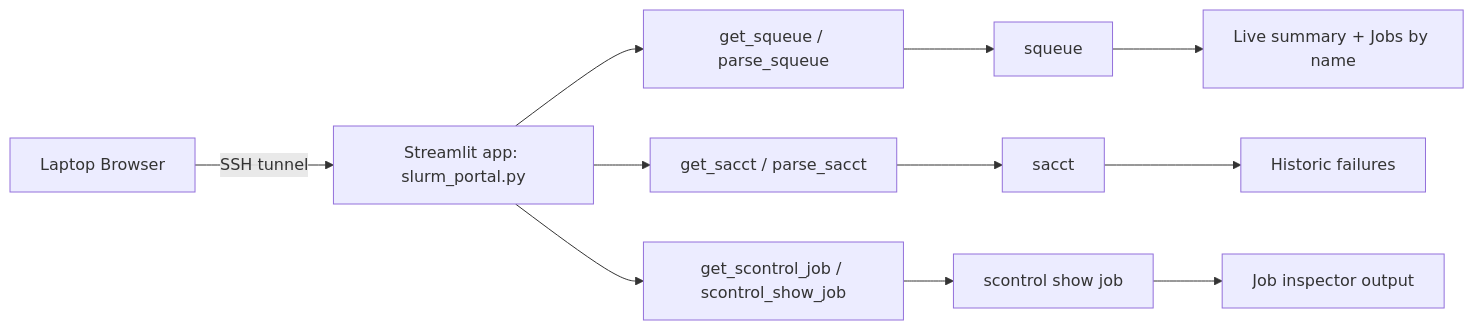
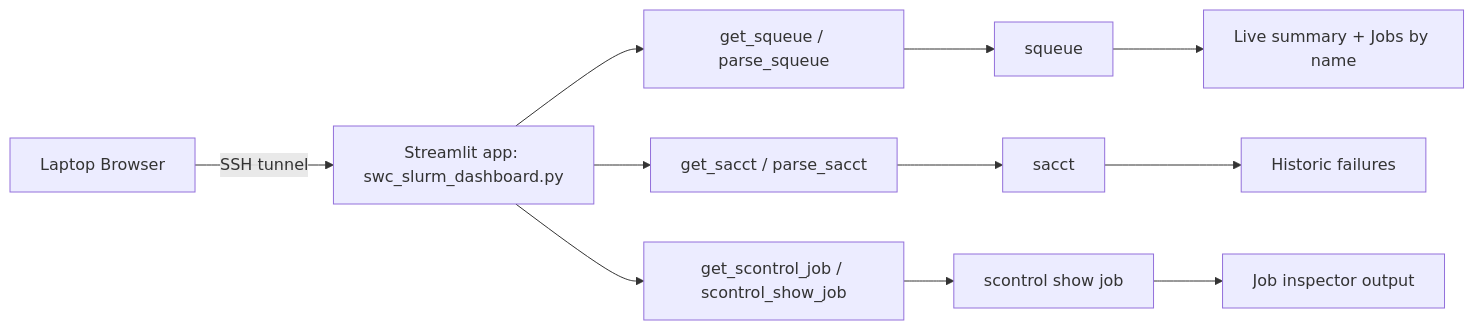
Before and after one commit to LIMLabSWC/slurm_dashboard: the diagram in ARCHITECTURE.md, drawn with Mermaid. The commit also changed other lines of this file and 3 other files, not shown here.

Commit message:
use slurm dashboard name everywhere

````diff
--- a/ARCHITECTURE.md
+++ b/ARCHITECTURE.md
@@ -22,13 +22,13 @@
 ```mermaid
 flowchart LR
-    A[Laptop Browser] -->|SSH tunnel| B[Streamlit app: slurm_portal.py]
+    A[Laptop Browser] -->|SSH tunnel| B[Streamlit app: swc_slurm_dashboard.py]
     B --> C[get_squeue / parse_squeue]
     B --> D[get_sacct / parse_sacct]
     B --> E[get_scontrol_job / scontrol_show_job]
     C --> F[squeue]
     D --> G[sacct]
     E --> H[scontrol show job]
     F --> I[Live summary + Jobs by name]
     G --> J[Historic failures]
     H --> K[Job inspector output]
 ```
````
